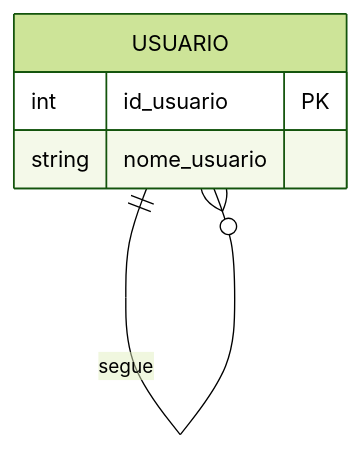
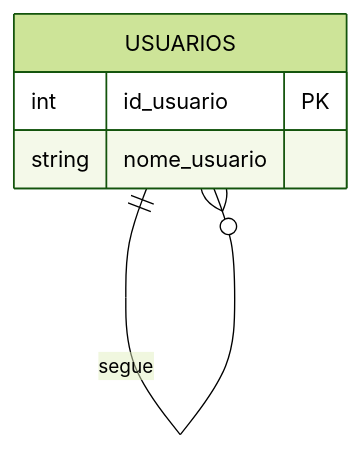
The second of 8 diagrams in docs/aulas/Aula_03_Gabarito.md (GTI-Fatec-Jahu/BDA-GTI-2026-2), drawn with Mermaid (forest theme) before and after one commit. The commit also changed other lines of this file and 5 other files, not shown here.

````diff
--- a/docs/aulas/Aula_03_Gabarito.md
+++ b/docs/aulas/Aula_03_Gabarito.md
@@ -102,8 +102,8 @@
 ```mermaid
 erDiagram
-    USUARIO {
+    USUARIOS {
         int id_usuario PK
         string nome_usuario
     }
-    USUARIO ||--o{ USUARIO : "segue"
+    USUARIOS ||--o{ USUARIOS : "segue"
 ```
````
